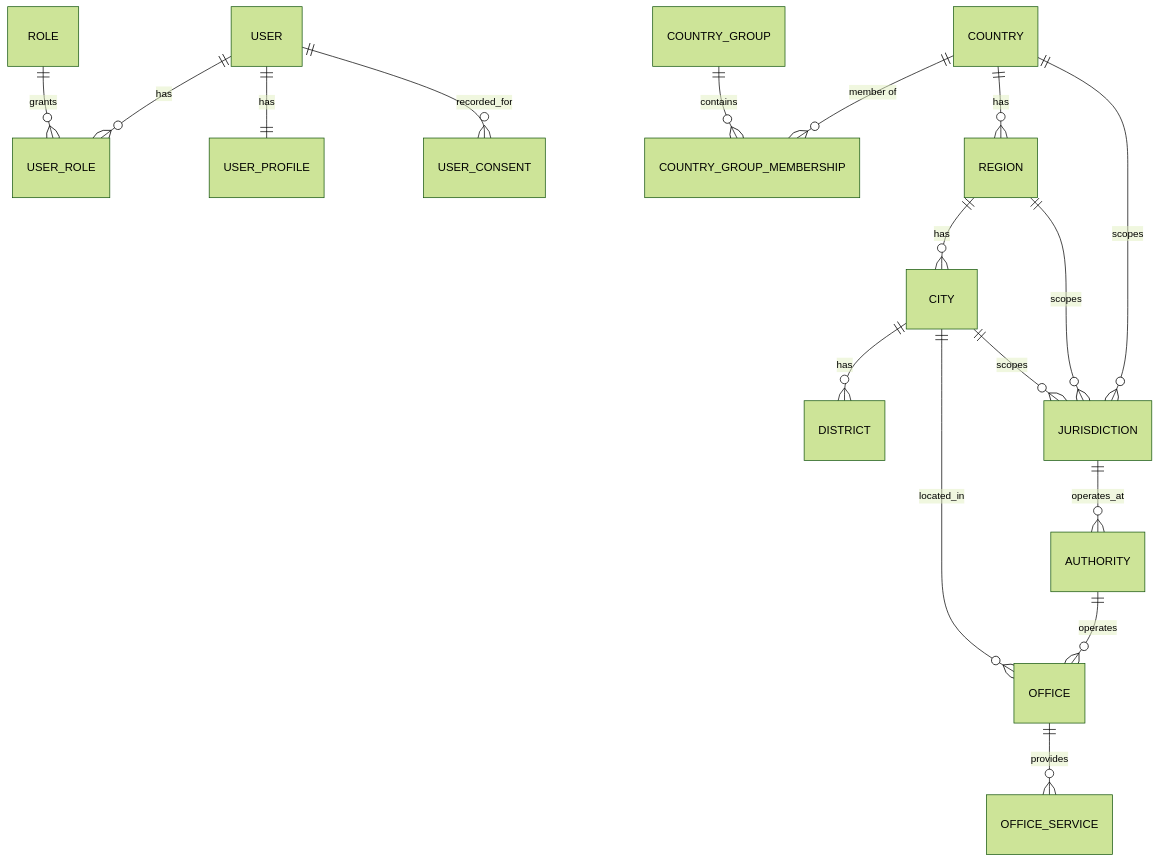
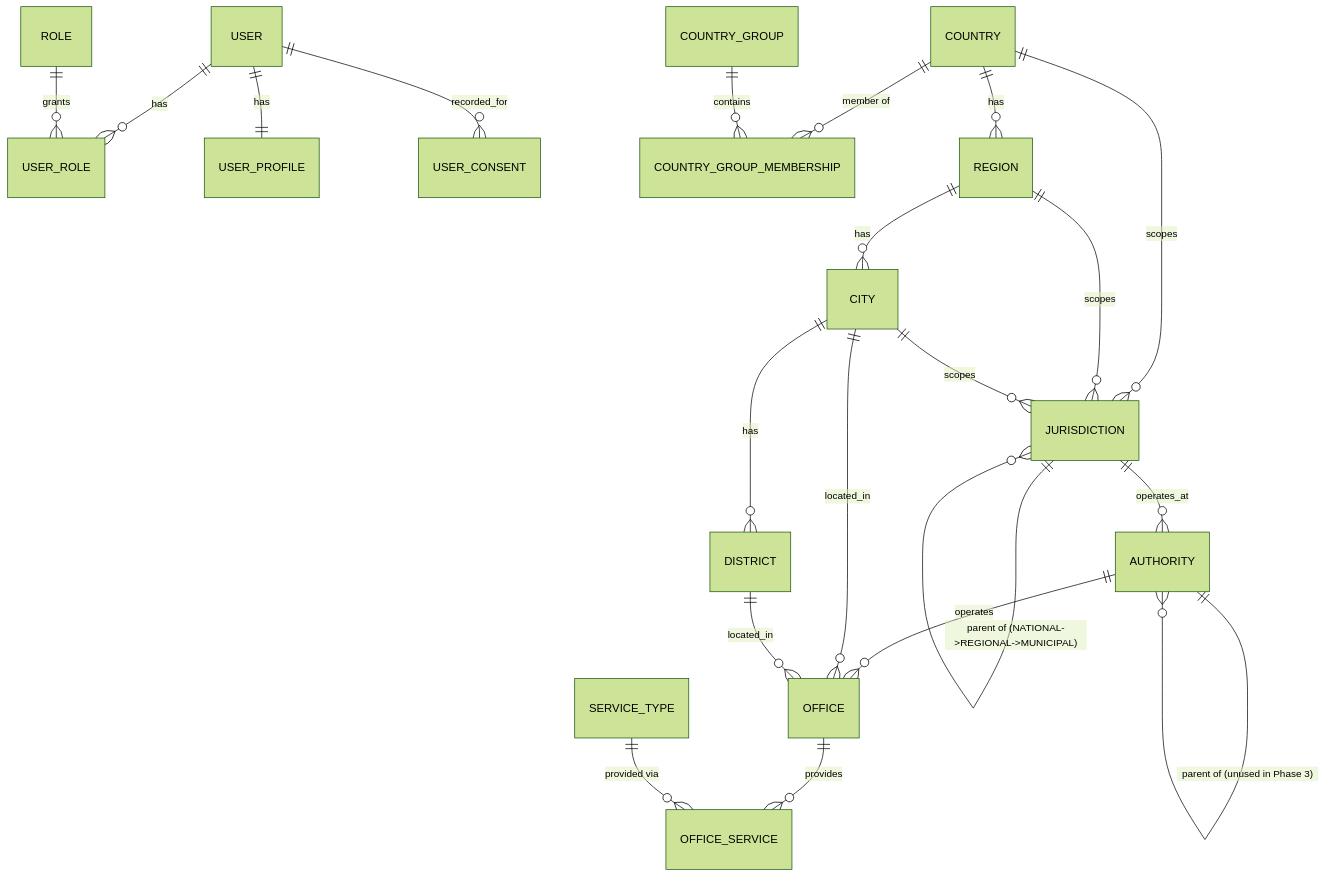
One commit to afzal-1002/MigrantPath changed the first of 3 diagrams in docs/database/DATABASE.md. Above: the diagram before and after it, drawn with Mermaid (forest theme). The commit also changed other lines of this file and 87 other files, not shown here.

````diff
--- a/docs/database/DATABASE.md
+++ b/docs/database/DATABASE.md
@@ -614,19 +722,23 @@
 ```mermaid
 erDiagram
     USER ||--o{ USER_ROLE : has
     ROLE ||--o{ USER_ROLE : grants
     USER ||--|| USER_PROFILE : has
     USER ||--o{ USER_CONSENT : recorded_for
     COUNTRY ||--o{ COUNTRY_GROUP_MEMBERSHIP : "member of"
     COUNTRY_GROUP ||--o{ COUNTRY_GROUP_MEMBERSHIP : contains
     COUNTRY ||--o{ REGION : has
     REGION ||--o{ CITY : has
     CITY ||--o{ DISTRICT : has
     COUNTRY ||--o{ JURISDICTION : scopes
     REGION ||--o{ JURISDICTION : scopes
     CITY ||--o{ JURISDICTION : scopes
+    JURISDICTION ||--o{ JURISDICTION : "parent of (NATIONAL->REGIONAL->MUNICIPAL)"
     JURISDICTION ||--o{ AUTHORITY : operates_at
+    AUTHORITY ||--o{ AUTHORITY : "parent of (unused in Phase 3)"
     AUTHORITY ||--o{ OFFICE : operates
     CITY ||--o{ OFFICE : located_in
+    DISTRICT ||--o{ OFFICE : located_in
     OFFICE ||--o{ OFFICE_SERVICE : provides
+    SERVICE_TYPE ||--o{ OFFICE_SERVICE : "provided via"
 ```
````
